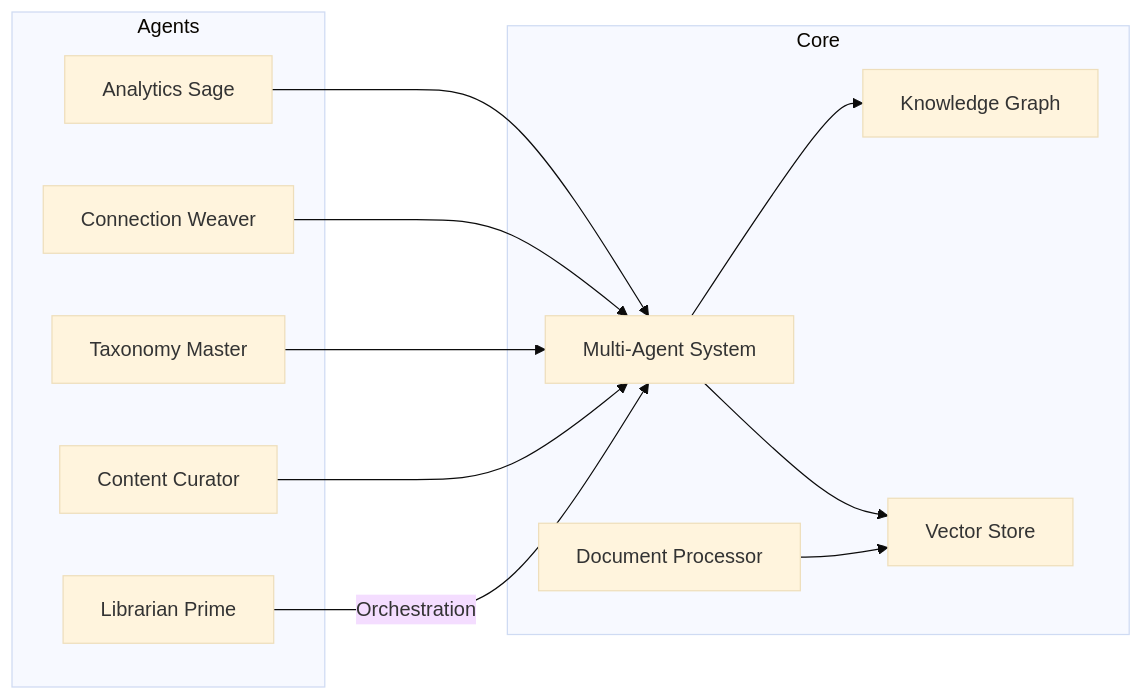
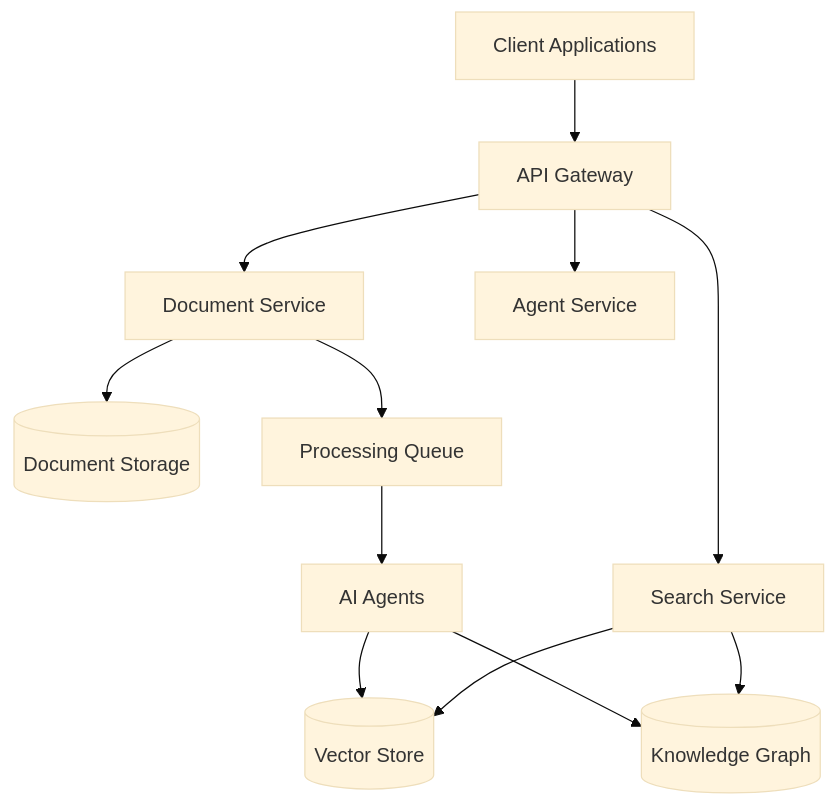
Before and after one commit to Hams-Ollo/Veda-Base: the first of 4 diagrams in docs/architecture/overview.md, drawn with Mermaid (base theme). The commit also changed other lines of this file and 6 other files, not shown here.

````diff
--- a/docs/architecture/overview.md
+++ b/docs/architecture/overview.md
@@ -34,30 +7,17 @@
 ```mermaid
-graph LR
-    %% Core Services
-    subgraph Core
-        DocProcessor[Document Processor]
-        AgentSystem[Multi-Agent System]
-        KnowledgeGraph[Knowledge Graph]
-        VectorStore[Vector Store]
-    end
+graph TD
+    Client[Client Applications] --> API[API Gateway]
+    API --> DocService[Document Service]
+    API --> SearchService[Search Service]
+    API --> AgentService[Agent Service]
     
-    %% Agent System
-    subgraph Agents
-        LibrarianPrime[Librarian Prime]
-        ContentCurator[Content Curator]
-        TaxonomyMaster[Taxonomy Master]
-        ConnectionWeaver[Connection Weaver]
-        AnalyticsSage[Analytics Sage]
-    end
+    DocService --> Storage[(Document Storage)]
+    DocService --> Queue[Processing Queue]
     
-    %% Connections
-    DocProcessor --> VectorStore
-    AgentSystem --> KnowledgeGraph
-    AgentSystem --> VectorStore
+    Queue --> Agents[AI Agents]
+    Agents --> VectorDB[(Vector Store)]
+    Agents --> KnowledgeGraph[(Knowledge Graph)]
     
-    LibrarianPrime --> |Orchestration| AgentSystem
-    ContentCurator --> AgentSystem
-    TaxonomyMaster --> AgentSystem
-    ConnectionWeaver --> AgentSystem
-    AnalyticsSage --> AgentSystem
+    SearchService --> VectorDB
+    SearchService --> KnowledgeGraph
 ```
````
